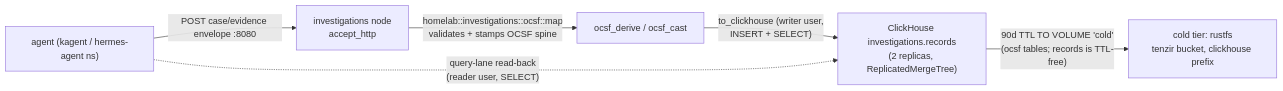
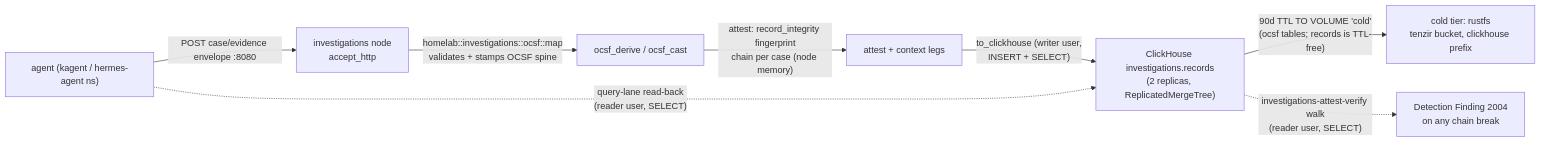
One commit to Apocrathia/homelab changed the first of 2 diagrams in flux/manifests/04-apps/security/tenzir/clickhouse/README.md. Above: the diagram before and after it, drawn with Mermaid. The commit also changed other lines of this file and 21 other files, not shown here.

````diff
--- a/flux/manifests/04-apps/security/tenzir/clickhouse/README.md
+++ b/flux/manifests/04-apps/security/tenzir/clickhouse/README.md
@@ -84,8 +125,10 @@
 ```mermaid
 flowchart LR
     AG["agent (kagent / hermes-agent ns)"] -->|"POST case/evidence envelope :8080"| AH["investigations node<br/>accept_http"]
     AH -->|"homelab::investigations::ocsf::map<br/>validates + stamps OCSF spine"| MAP["ocsf_derive / ocsf_cast"]
-    MAP -->|"to_clickhouse (writer user,<br/>INSERT + SELECT)"| CH["ClickHouse investigations.records<br/>(2 replicas, ReplicatedMergeTree)"]
+    MAP -->|"attest: record_integrity fingerprint<br/>chain per case (node memory)"| AT["attest + context legs"]
+    AT -->|"to_clickhouse (writer user,<br/>INSERT + SELECT)"| CH["ClickHouse investigations.records<br/>(2 replicas, ReplicatedMergeTree)"]
     CH -->|"90d TTL TO VOLUME 'cold'<br/>(ocsf tables; records is TTL-free)"| COLD["cold tier: rustfs<br/>tenzir bucket, clickhouse prefix"]
     AG -.->|"query-lane read-back<br/>(reader user, SELECT)"| CH
+    CH -.->|"investigations-attest-verify walk<br/>(reader user, SELECT)"| VFY["Detection Finding 2004<br/>on any chain break"]
 ```
````
